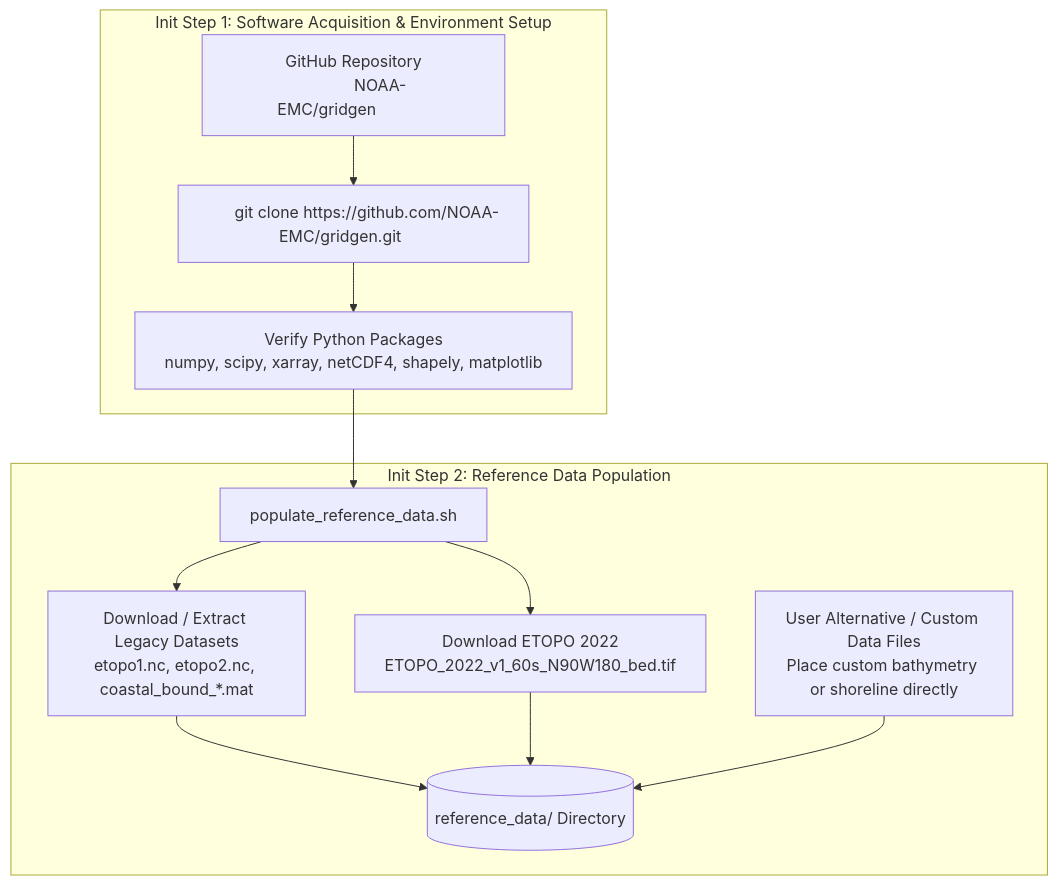
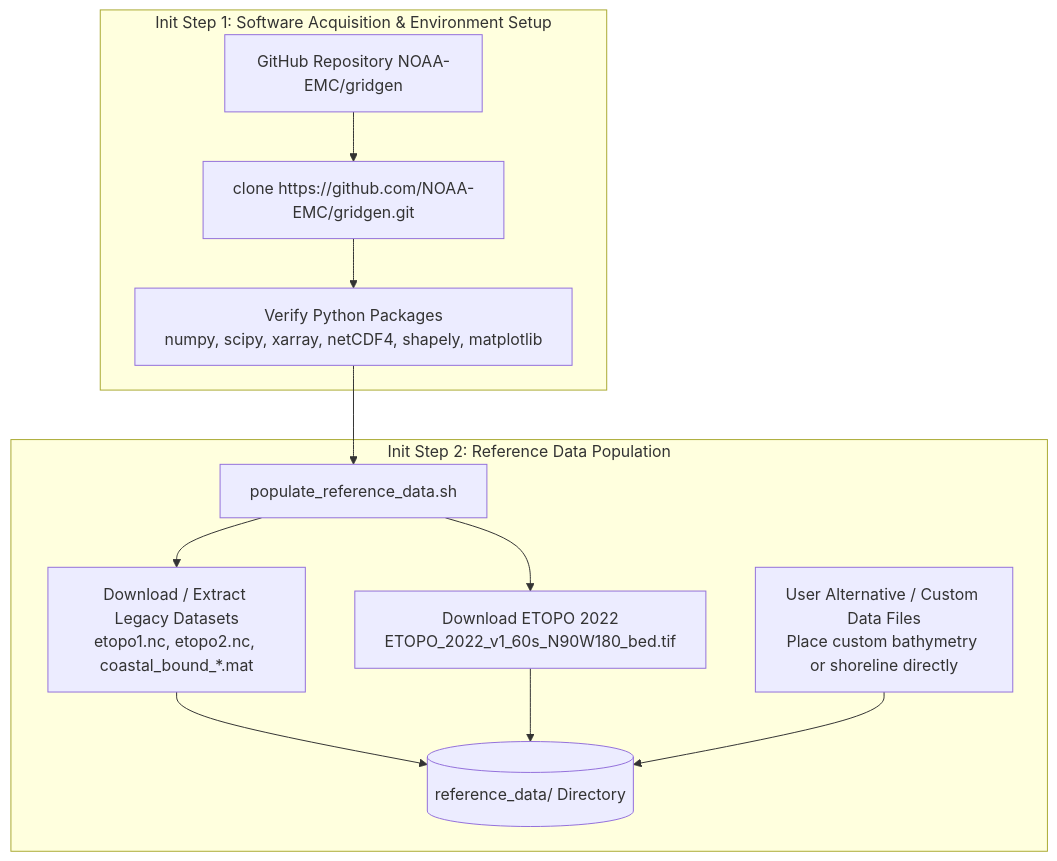
Before and after one commit to HendrikTolman-NOAA/gridgen: the first of 2 diagrams in ARCHITECTURE.md, drawn with Mermaid.

Commit message:
Simplify GitHub repository reference in architecture diagram
Trying to see if I can do this manually

````diff
--- a/ARCHITECTURE.md
+++ b/ARCHITECTURE.md
@@ -25,19 +25,19 @@
 ```mermaid
 flowchart TD
     subgraph Init Step 1: Software Acquisition & Environment Setup
-        A0["&nbsp;&nbsp;&nbsp;&nbsp;&nbsp;&nbsp;&nbsp;&nbsp;&nbsp;&nbsp;&nbsp;&nbsp;GitHub&nbsp;Repository&nbsp;&nbsp;&nbsp;&nbsp;&nbsp;&nbsp;&nbsp;&nbsp;&nbsp;&nbsp;&nbsp;&nbsp;<br/>&nbsp;&nbsp;&nbsp;&nbsp;&nbsp;&nbsp;&nbsp;&nbsp;&nbsp;&nbsp;&nbsp;&nbsp;NOAA-EMC/gridgen&nbsp;&nbsp;&nbsp;&nbsp;&nbsp;&nbsp;&nbsp;&nbsp;&nbsp;&nbsp;&nbsp;&nbsp;"] --> A1["&nbsp;&nbsp;&nbsp;&nbsp;&nbsp;&nbsp;git&nbsp;clone&nbsp;https://github.com/NOAA-EMC/gridgen.git&nbsp;&nbsp;&nbsp;&nbsp;&nbsp;&nbsp;"]
+        A0["GitHub&nbsp;Repository&nbsp;NOAA-EMC/gridgen"] --> A1["clone&nbsp;https://github.com/NOAA-EMC/gridgen.git"]
         A1 --> A2["Verify&nbsp;Python&nbsp;Packages<br/>numpy,&nbsp;scipy,&nbsp;xarray,&nbsp;netCDF4,&nbsp;shapely,&nbsp;matplotlib"]
     end
 
     subgraph Init Step 2: Reference Data Population
         B[populate_reference_data.sh]
         B --> C1[Download / Extract Legacy Datasets<br/>etopo1.nc, etopo2.nc, coastal_bound_*.mat]
         B --> C2[Download ETOPO 2022<br/>ETOPO_2022_v1_60s_N90W180_bed.tif]
         C3[User Alternative / Custom Data Files<br/>Place custom bathymetry or shoreline directly]
         C1 --> D[(reference_data/ Directory)]
         C2 --> D
         C3 --> D
     end
 
     A2 --> B
 ```
````
